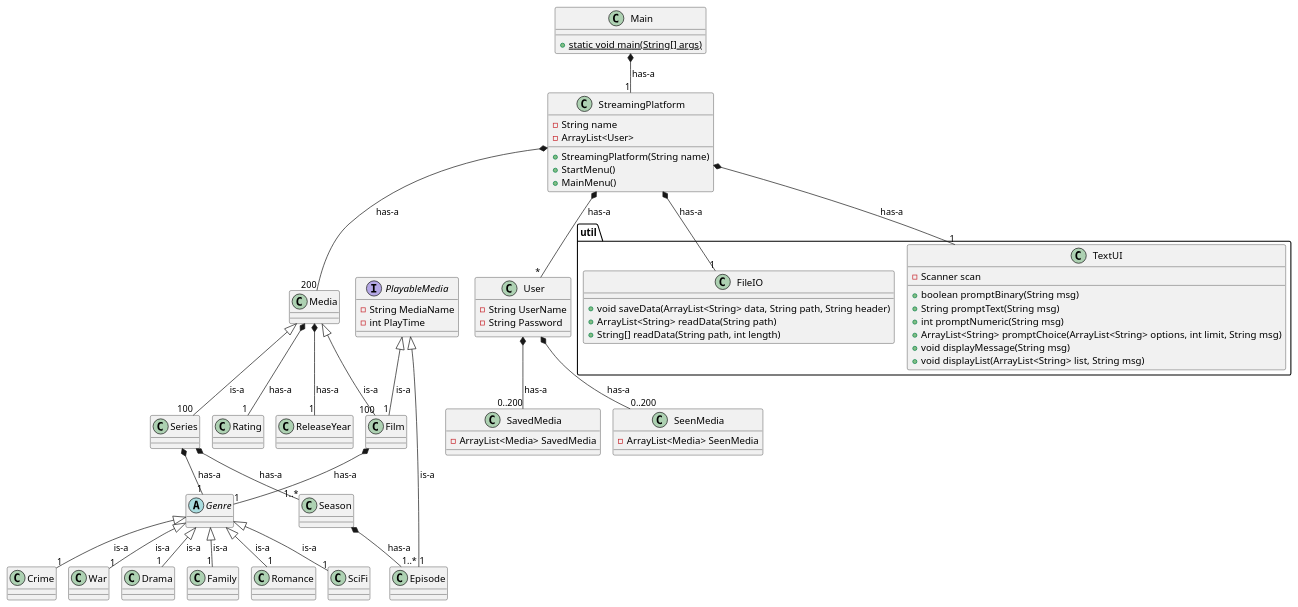
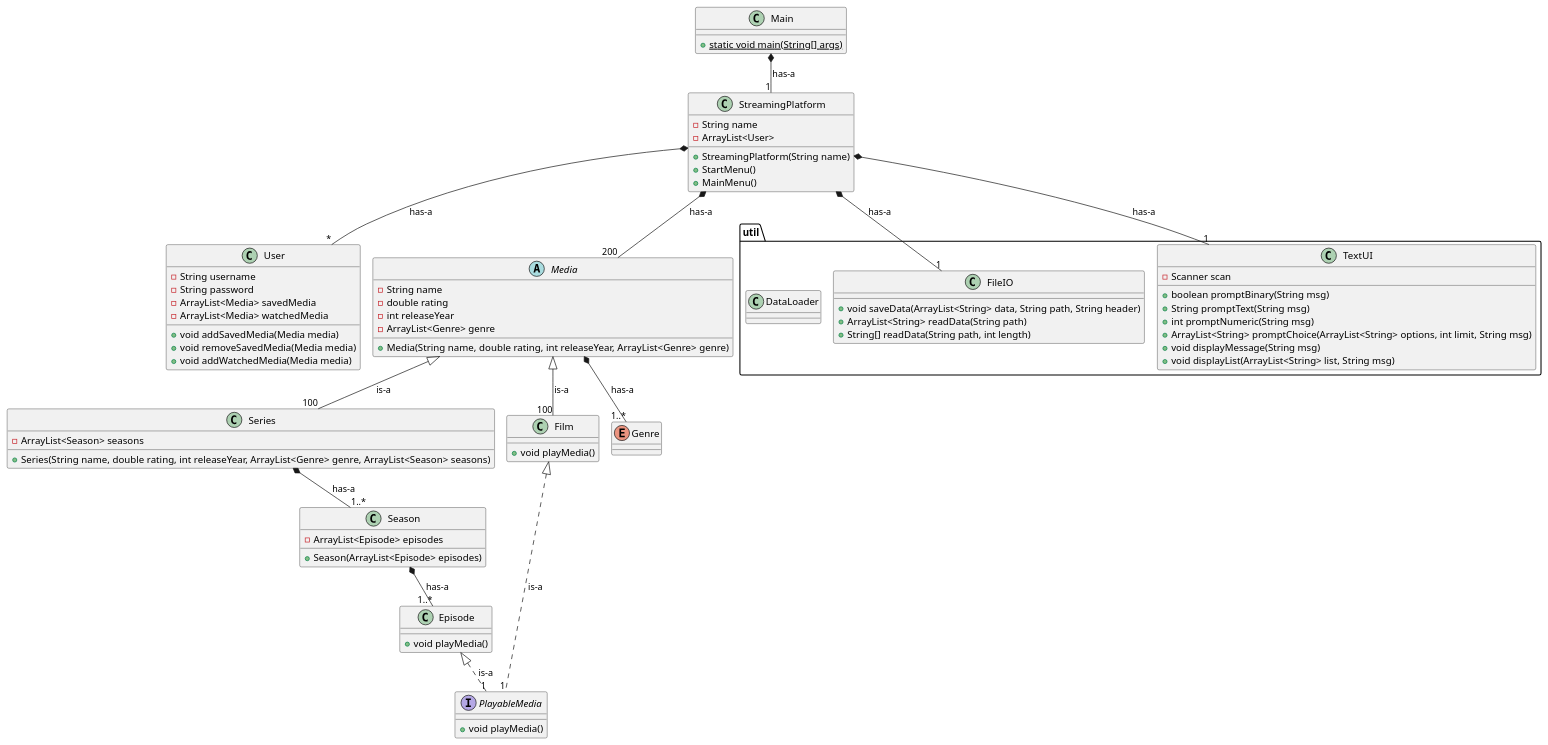
Before and after one commit to JonasChristoffersen/SP3: the diagram in doc/static/ClassDiagramV1.puml, drawn with PlantUML. The commit also changed 1 other file, not shown here.

Commit message:
Updated diagrams

```diff
--- a/doc/static/ClassDiagramV1.puml
+++ b/doc/static/ClassDiagramV1.puml
@@ -1,132 +1,104 @@
 @startuml
 
 !pragma layout smetana
 
 class Main {
     + {static} static void main(String[] args)
 }
 
 class StreamingPlatform {
     - String name
     - ArrayList<User>
 
     + StreamingPlatform(String name)
     + StartMenu()
     + MainMenu()
 }
 
-class Media {
+class User {
+    - String username
+    - String password
+    - ArrayList<Media> savedMedia
+    - ArrayList<Media> watchedMedia
+    + void addSavedMedia(Media media)
+    + void removeSavedMedia(Media media)
+    + void addWatchedMedia(Media media)
+}
+
+abstract class Media {
+    - String name
+    - double rating
+    - int releaseYear
+    - ArrayList<Genre> genre
+    + Media(String name, double rating, int releaseYear, ArrayList<Genre> genre)
+}
+
+interface PlayableMedia {
+    + void playMedia()
 }
 
 class Series {
+    - ArrayList<Season> seasons
+    + Series(String name, double rating, int releaseYear, ArrayList<Genre> genre, ArrayList<Season> seasons)
 }
 
 class Season {
+    - ArrayList<Episode> episodes
+    + Season(ArrayList<Episode> episodes)
 }
 
 class Episode {
+   + void playMedia()
 }
 
 class Film {
+    + void playMedia()
 }
 
-interface PlayableMedia {
-    - String MediaName
-    - int PlayTime
+enum Genre {
 }
-
-class Rating {
-}
-
-class ReleaseYear {
-}
-
-abstract class Genre {
-}
-
-class Crime {
-}
-
-class War {
-}
-
-class Drama {
-}
-
-class Family {
-}
-
-class Romance {
-}
-
-class SciFi {
-}
-
-class User {
-    - String UserName
-    - String Password
-}
-
-class SavedMedia {
-    - ArrayList<Media> SavedMedia
-}
-
-class SeenMedia {
-    - ArrayList<Media> SeenMedia
-}
-
-
 
 package util {
     class FileIO {
         + void saveData(ArrayList<String> data, String path, String header)
         + ArrayList<String> readData(String path)
         + String[] readData(String path, int length)
     }
     class TextUI {
         - Scanner scan
         + boolean promptBinary(String msg)
         + String promptText(String msg)
         + int promptNumeric(String msg)
         + ArrayList<String> promptChoice(ArrayList<String> options, int limit, String msg)
         + void displayMessage(String msg)
         + void displayList(ArrayList<String> list, String msg)
     }
 
+    class DataLoader {
+    }
+
 }
 
 Main *-- "1" StreamingPlatform : has-a
 
 StreamingPlatform *-- "200" Media : has-a
 StreamingPlatform *-- "*" User : has-a
 StreamingPlatform *-- "1" TextUI : has-a
 StreamingPlatform *-- "1" FileIO : has-a
 
-User *-- "0..200" SavedMedia : has-a
-User *-- "0..200" SeenMedia : has-a
+Film <|.. "1" PlayableMedia : is-a
+Episode <|.. "1" PlayableMedia : is-a
 
 Media <|-- "100" Film : is-a
 Media <|-- "100" Series : is-a
-Media *-- "1" Rating : has-a
-Media *-- "1" ReleaseYear : has-a
+Media *-- "1..*" Genre : has-a
 
-PlayableMedia <|-- "1" Film : is-a
-PlayableMedia <|-- "1" Episode : is-a
-
-Series *-- "1" Genre : has-a
-Film *-- "1" Genre : has-a
 
 Series *-- "1..*" Season : has-a
 Season *-- "1..*" Episode : has-a
 
-Genre <|-- "1" Crime : is-a
-Genre <|-- "1" War : is-a
-Genre <|-- "1" Drama : is-a
-Genre <|-- "1" Family : is-a
-Genre <|-- "1" SciFi : is-a
-Genre <|-- "1" Romance : is-a
 
 
 
 
 @enduml
```
